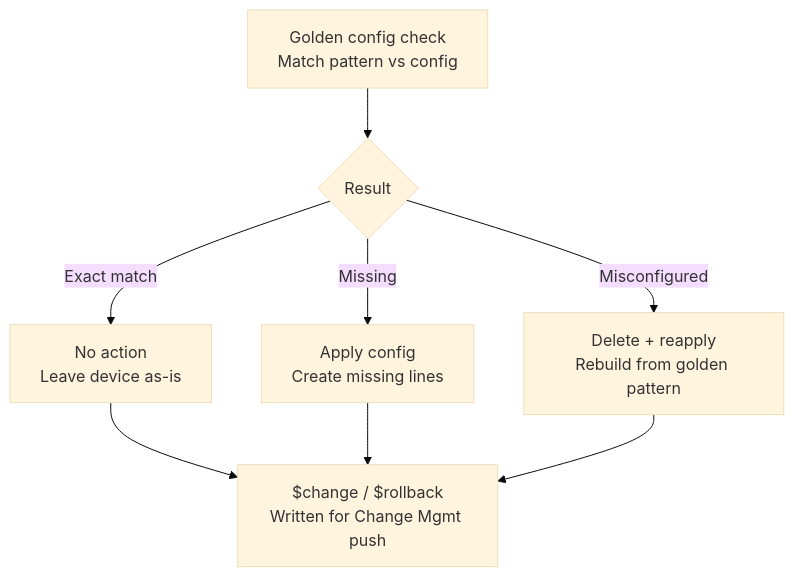
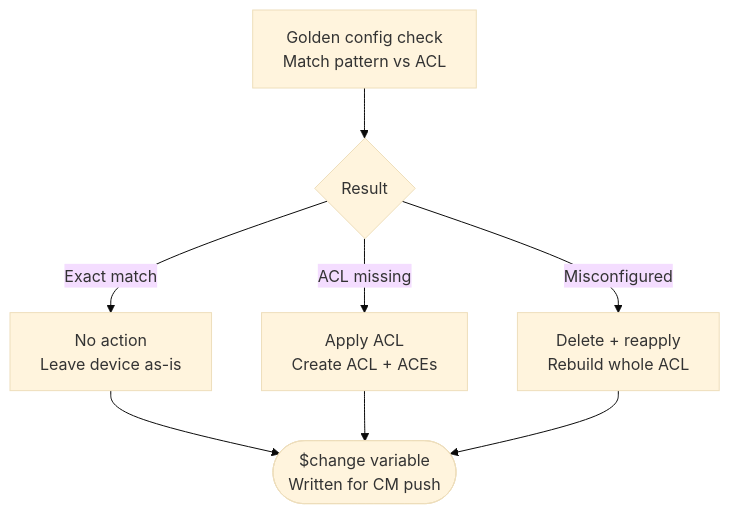
One commit to amarinjs/network_automation changed the diagram in README.md. Above: the diagram before and after it, drawn with Mermaid (base theme). The commit also changed other lines of this file, not shown here.

````diff
--- a/README.md
+++ b/README.md
@@ -78,10 +43,10 @@
 ```mermaid
 flowchart TD
-    A["Golden config check<br/>Match pattern vs config"] --> B{Result}
+    A["Golden config check<br/>Match pattern vs ACL"] --> B{Result}
     B -->|Exact match| C["No action<br/>Leave device as-is"]
-    B -->|Missing| D["Apply config<br/>Create missing lines"]
-    B -->|Misconfigured| E["Delete + reapply<br/>Rebuild from golden pattern"]
-    C --> F["$change / $rollback<br/>Written for Change Mgmt push"]
+    B -->|ACL missing| D["Apply ACL<br/>Create ACL + ACEs"]
+    B -->|Misconfigured| E["Delete + reapply<br/>Rebuild whole ACL"]
+    C --> F(["$change variable<br/>Written for CM push"])
     D --> F
     E --> F
 ```
````
